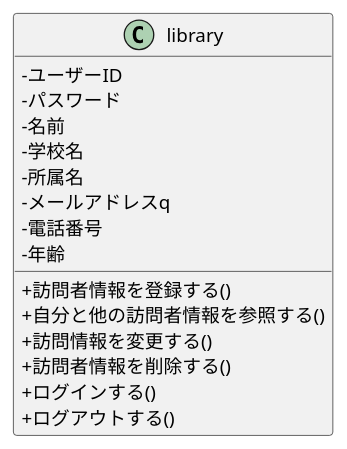
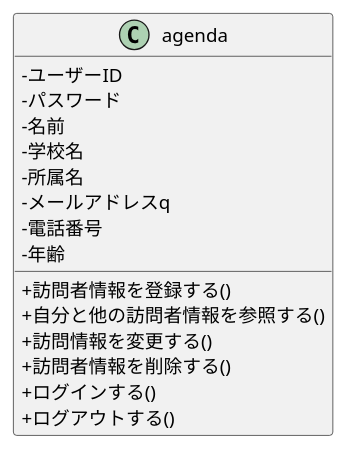
Before and after one commit to ghbuser12/ohara_uml: the diagram in kouka_library/class.pu, drawn with PlantUML.

```diff
--- a/kouka_library/class.pu
+++ b/kouka_library/class.pu
@@ -1,19 +1,19 @@
 @startuml .
 skinparam classAttributeIconSize 0
-class library {
+class agenda {
  -ユーザーID
  -パスワード
  -名前
  -学校名
  -所属名
  -メールアドレスq
  -電話番号
  -年齢
  +訪問者情報を登録する()
  +自分と他の訪問者情報を参照する()
  +訪問情報を変更する()
  +訪問者情報を削除する()
  +ログインする()
  +ログアウトする()
 }
 @enduml
```
